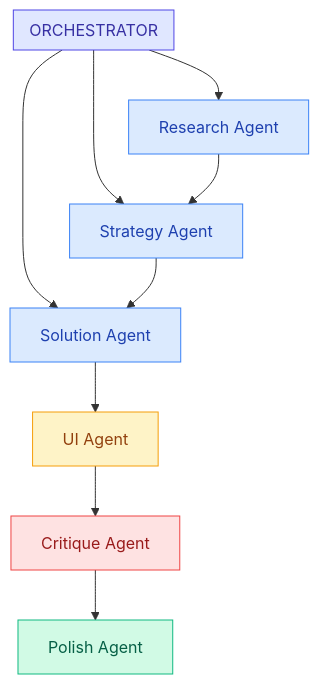
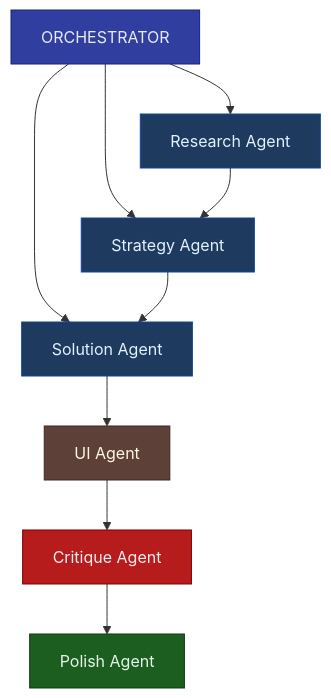
The diagram in docs/workflow/orchestrator.md (smileynet/ui-optimizer), drawn with Mermaid before and after one commit. The commit also changed 13 other files, not shown here.

````diff
--- a/docs/workflow/orchestrator.md
+++ b/docs/workflow/orchestrator.md
@@ -11,23 +11,21 @@
 ```mermaid
 flowchart TB
-    classDef orchestrator fill:#E0E7FF,stroke:#4F46E5,color:#3730A3
-    classDef research fill:#DBEAFE,stroke:#3B82F6,color:#1E40AF
-    classDef design fill:#FEF3C7,stroke:#F59E0B,color:#92400E
-    classDef validate fill:#FEE2E2,stroke:#EF4444,color:#991B1B
-    classDef complete fill:#D1FAE5,stroke:#10B981,color:#065F46
+    classDef orchestrator fill:#303F9F,stroke:#1A237E,color:#E8EAF6
+    classDef research fill:#1E3A5F,stroke:#0D47A1,color:#E3F2FD
+    classDef design fill:#5D4037,stroke:#3E2723,color:#FFF8E1
+    classDef validate fill:#B71C1C,stroke:#7F0000,color:#FFEBEE
+    classDef complete fill:#1B5E20,stroke:#0D3D13,color:#E8F5E9
     
-    subgraph Orchestrator["ORCHESTRATOR"]
-        direction LR
-    end
-    
-    Orchestrator:::orchestrator --> P1 & P2 & P3
-    
+    ORCH[ORCHESTRATOR]:::orchestrator
     P1[Research Agent]:::research
     P2[Strategy Agent]:::research
     P3[Solution Agent]:::research
     P4[UI Agent]:::design
     P5[Critique Agent]:::validate
     P6[Polish Agent]:::complete
     
+    ORCH --> P1
+    ORCH --> P2
+    ORCH --> P3
     P1 --> P2 --> P3 --> P4 --> P5 --> P6
 ```
````
